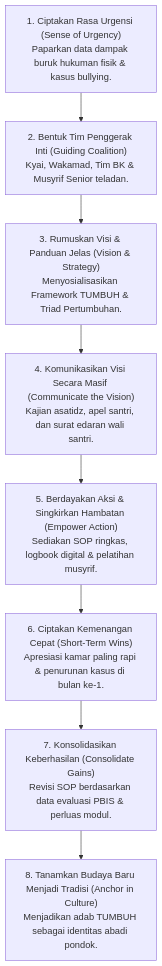
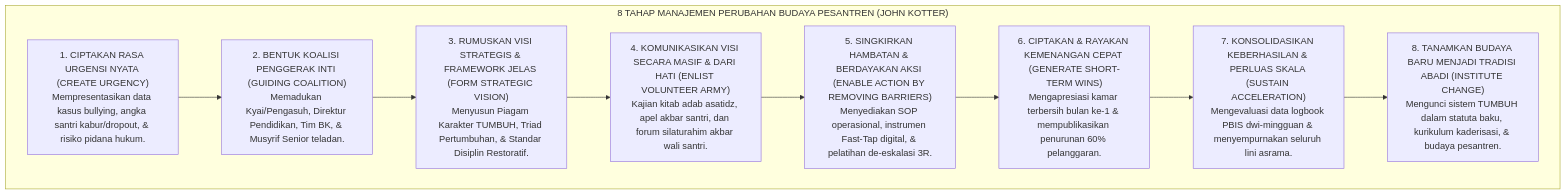
Before and after one commit to wandiapriliyandi/tumbuh: the third of 7 diagrams in 02 Principles/07 Implementation Principles/P2-07-01-Prinsip-Manajemen-Perubahan-Budaya-Pesantren.md, drawn with Mermaid. The commit also changed other lines of this file and 42 other files, not shown here.

````diff
--- a/02 Principles/07 Implementation Principles/P2-07-01-Prinsip-Manajemen-Perubahan-Budaya-Pesantren.md
+++ b/02 Principles/07 Implementation Principles/P2-07-01-Prinsip-Manajemen-Perubahan-Budaya-Pesantren.md
@@ -10,10 +98,22 @@
 ```mermaid
-graph TD
-    S1["1. Ciptakan Rasa Urgensi (Sense of Urgency)<br/>Paparkan data dampak buruk hukuman fisik & kasus bullying."] --> S2["2. Bentuk Tim Penggerak Inti (Guiding Coalition)<br/>Kyai, Wakamad, Tim BK & Musyrif Senior teladan."]
-    S2 --> S3["3. Rumuskan Visi & Panduan Jelas (Vision & Strategy)<br/>Menyosialisasikan Framework TUMBUH & Triad Pertumbuhan."]
-    S3 --> S4["4. Komunikasikan Visi Secara Masif (Communicate the Vision)<br/>Kajian asatidz, apel santri, dan surat edaran wali santri."]
-    S4 --> S5["5. Berdayakan Aksi & Singkirkan Hambatan (Empower Action)<br/>Sediakan SOP ringkas, logbook digital & pelatihan musyrif."]
-    S5 --> S6["6. Ciptakan Kemenangan Cepat (Short-Term Wins)<br/>Apresiasi kamar paling rapi & penurunan kasus di bulan ke-1."]
-    S6 --> S7["7. Konsolidasikan Keberhasilan (Consolidate Gains)<br/>Revisi SOP berdasarkan data evaluasi PBIS & perluas modul."]
-    S7 --> S8["8. Tanamkan Budaya Baru Menjadi Tradisi (Anchor in Culture)<br/>Menjadikan adab TUMBUH sebagai identitas abadi pondok."]
+flowchart TD
+    subgraph DelapanTahapPerubahanBudayaPesantren["8 TAHAP MANAJEMEN PERUBAHAN BUDAYA PESANTREN (JOHN KOTTER)"]
+        S1["1. CIPTAKAN RASA URGENSI NYATA (CREATE URGENCY)<br/>Mempresentasikan data kasus bullying, angka santri kabur/dropout, & risiko pidana hukum."]
+        
+        S2["2. BENTUK KOALISI PENGGERAK INTI (GUIDING COALITION)<br/>Memadukan Kyai/Pengasuh, Direktur Pendidikan, Tim BK, & Musyrif Senior teladan."]
+        
+        S3["3. RUMUSKAN VISI STRATEGIS & FRAMEWORK JELAS (FORM STRATEGIC VISION)<br/>Menyusun Piagam Karakter TUMBUH, Triad Pertumbuhan, & Standar Disiplin Restoratif."]
+        
+        S4["4. KOMUNIKASIKAN VISI SECARA MASIF & DARI HATI (ENLIST VOLUNTEER ARMY)<br/>Kajian kitab adab asatidz, apel akbar santri, dan forum silaturahim akbar wali santri."]
+        
+        S5["5. SINGKIRKAN HAMBATAN & BERDAYAKAN AKSI (ENABLE ACTION BY REMOVING BARRIERS)<br/>Menyediakan SOP operasional, instrumen Fast-Tap digital, & pelatihan de-eskalasi 3R."]
+        
+        S6["6. CIPTAKAN & RAYAKAN KEMENANGAN CEPAT (GENERATE SHORT-TERM WINS)<br/>Mengapresiasi kamar terbersih bulan ke-1 & mempublikasikan penurunan 60% pelanggaran."]
+        
+        S7["7. KONSOLIDASIKAN KEBERHASILAN & PERLUAS SKALA (SUSTAIN ACCELERATION)<br/>Mengevaluasi data logbook PBIS dwi-mingguan & menyempurnakan seluruh lini asrama."]
+        
+        S8["8. TANAMKAN BUDAYA BARU MENJADI TRADISI ABADI (INSTITUTE CHANGE)<br/>Mengunci sistem TUMBUH dalam statuta baku, kurikulum kaderisasi, & budaya pesantren."]
+        
+        S1 --> S2 --> S3 --> S4 --> S5 --> S6 --> S7 --> S8
+    end
 ```
````
